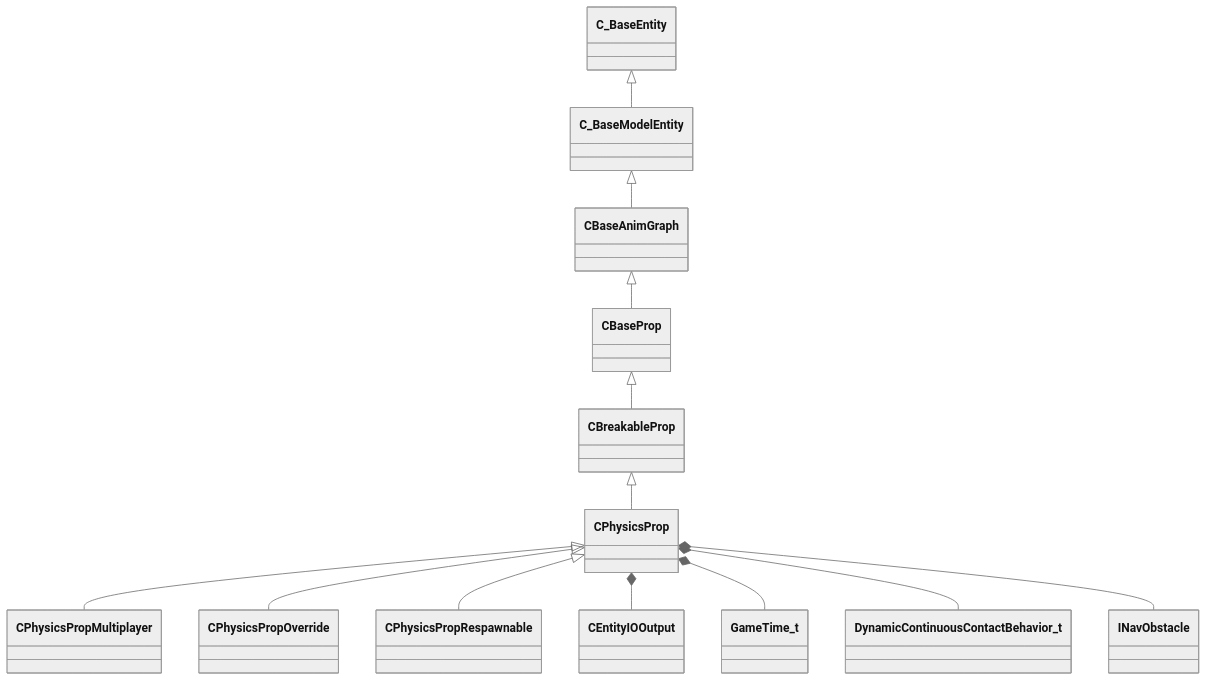
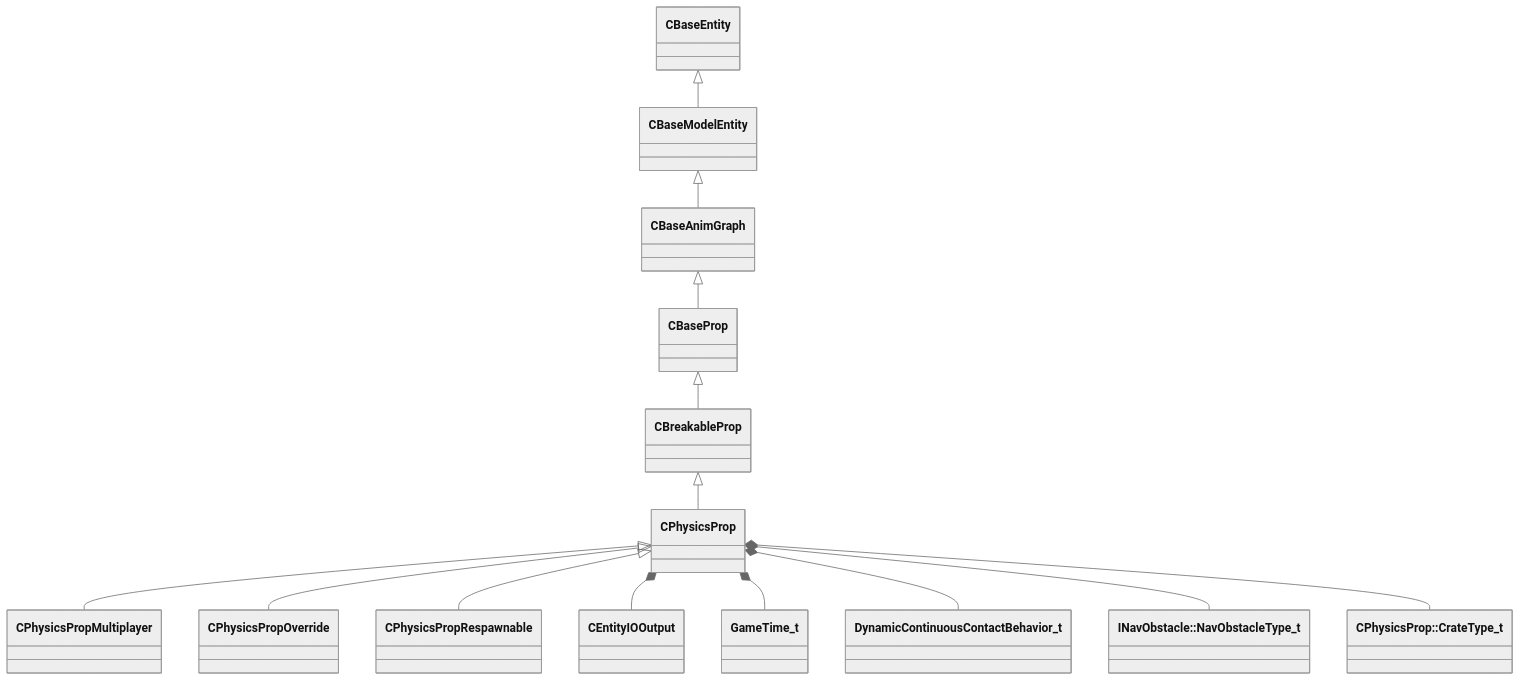
Before and after one commit to CS2OpenDev/CS2OpenDev-Docs: the diagram in docs/generated/schemas/server/CPhysicsProp.md, drawn with Mermaid (neutral theme). The commit also changed other lines of this file and 4525 other files, not shown here.

````diff
--- a/docs/generated/schemas/server/CPhysicsProp.md
+++ b/docs/generated/schemas/server/CPhysicsProp.md
@@ -19,15 +21,16 @@
 ```mermaid
 classDiagram
     CBreakableProp <|-- CPhysicsProp
     CBaseProp <|-- CBreakableProp
     CBaseAnimGraph <|-- CBaseProp
-    C_BaseModelEntity <|-- CBaseAnimGraph
-    C_BaseEntity <|-- C_BaseModelEntity
+    CBaseModelEntity <|-- CBaseAnimGraph
+    CBaseEntity <|-- CBaseModelEntity
     CPhysicsProp <|-- CPhysicsPropMultiplayer
     CPhysicsProp <|-- CPhysicsPropOverride
     CPhysicsProp <|-- CPhysicsPropRespawnable
     CPhysicsProp *-- CEntityIOOutput
     CPhysicsProp *-- GameTime_t
     CPhysicsProp *-- DynamicContinuousContactBehavior_t
-    CPhysicsProp *-- INavObstacle
+    CPhysicsProp *-- `INavObstacle::NavObstacleType_t`
+    CPhysicsProp *-- `CPhysicsProp::CrateType_t`
 ```
````
